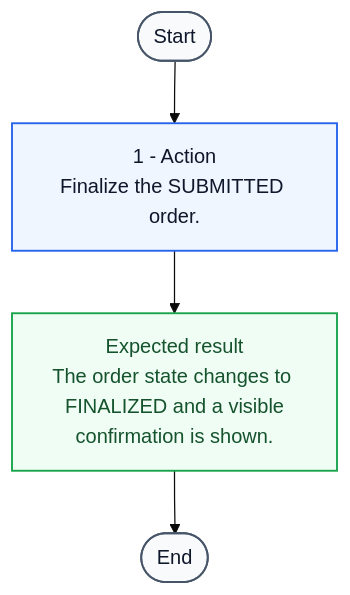
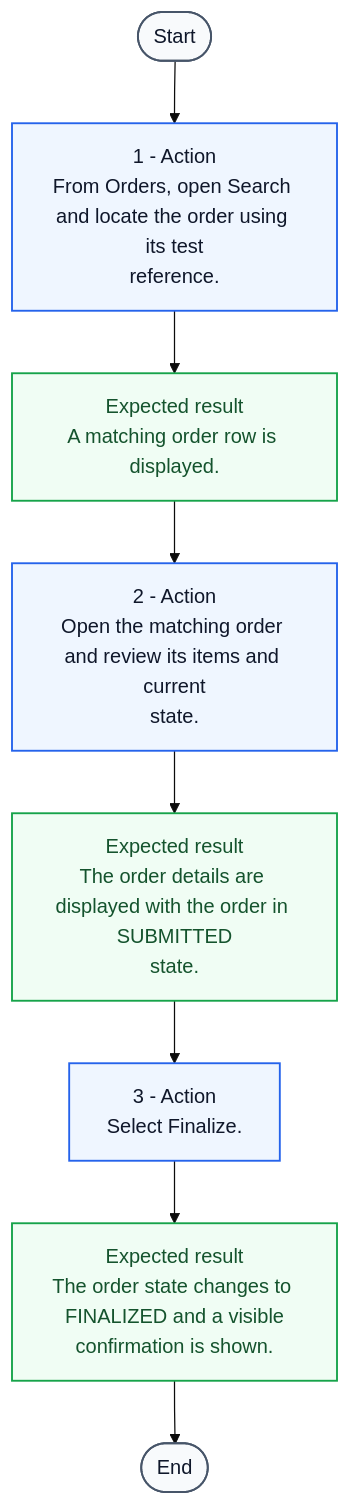
One commit to Soturine/functional-test-designer changed the diagram in examples/expected-output/test-cases-md/TC-011.md. Above: the diagram before and after it, drawn with Mermaid (base theme). The commit also changed other lines of this file and 22 other files, not shown here.

````diff
--- a/examples/expected-output/test-cases-md/TC-011.md
+++ b/examples/expected-output/test-cases-md/TC-011.md
@@ -37,18 +41,22 @@
 ```mermaid
 flowchart TD
     S([Start])
-    A1["1 - Action<br/>Finalize the SUBMITTED order."]
-    R1["Expected result<br/>The order state changes to FINALIZED and a visible<br/>confirmation is shown."]
+    A1["1 - Action<br/>From Orders, open Search and locate the order using its test<br/>reference."]
+    R1["Expected result<br/>A matching order row is displayed."]
+    A2["2 - Action<br/>Open the matching order and review its items and current<br/>state."]
+    R2["Expected result<br/>The order details are displayed with the order in SUBMITTED<br/>state."]
+    A3["3 - Action<br/>Select Finalize."]
+    R3["Expected result<br/>The order state changes to FINALIZED and a visible<br/>confirmation is shown."]
     F([End])
 
-    S --> A1 --> R1 --> F
+    S --> A1 --> R1 --> A2 --> R2 --> A3 --> R3 --> F
 
     classDef startEnd fill:#f8fafc,stroke:#475569,stroke-width:1.5px,color:#0f172a;
     classDef action fill:#eff6ff,stroke:#2563eb,stroke-width:1.5px,color:#0f172a;
     classDef expected fill:#f0fdf4,stroke:#16a34a,stroke-width:1.5px,color:#14532d;
     classDef clarification fill:#fff7ed,stroke:#ea580c,stroke-width:1.5px,color:#7c2d12,stroke-dasharray:4 3;
 
     class S,F startEnd;
-    class A1 action;
-    class R1 expected;
+    class A1,A2,A3 action;
+    class R1,R2,R3 expected;
 ```
````
